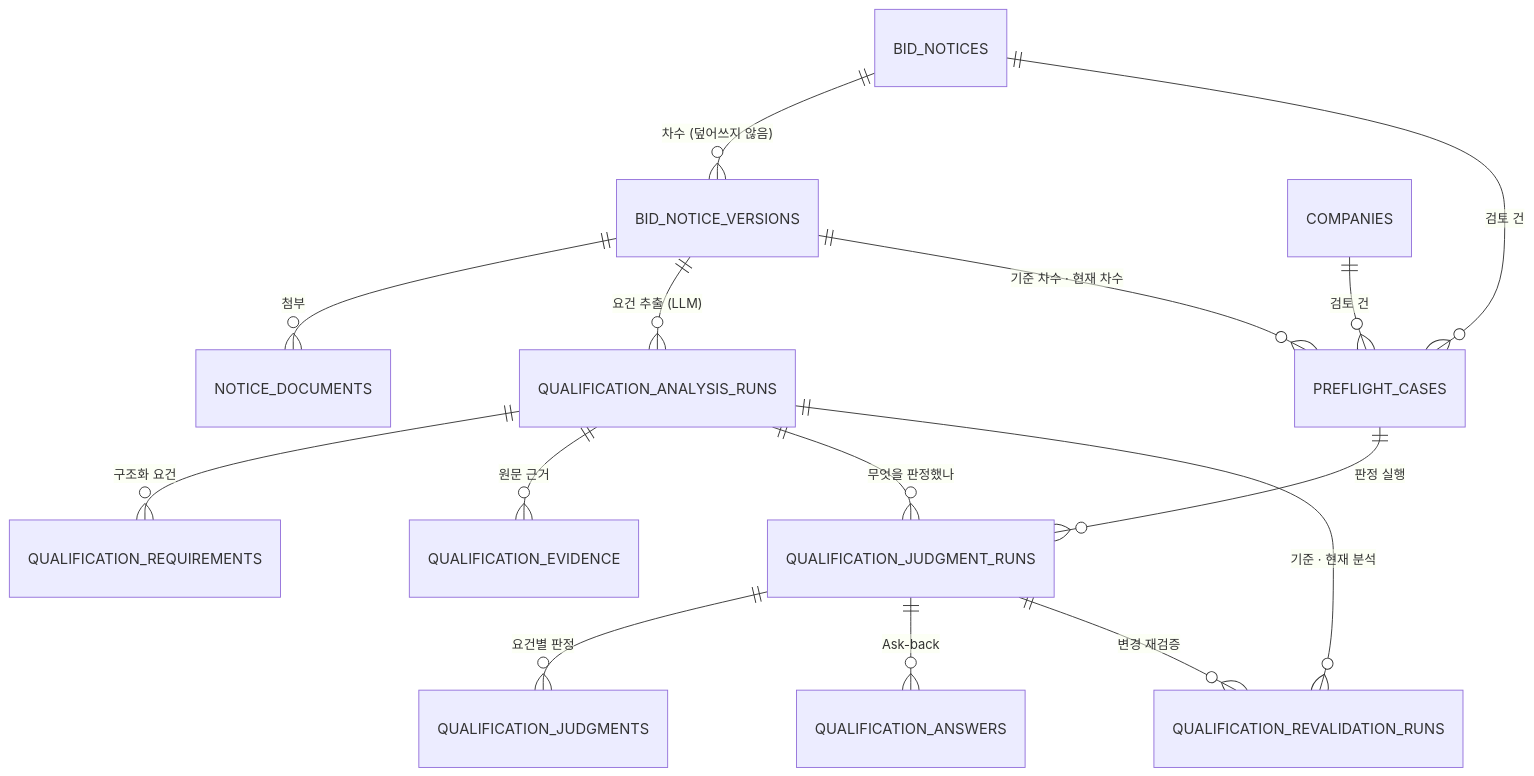
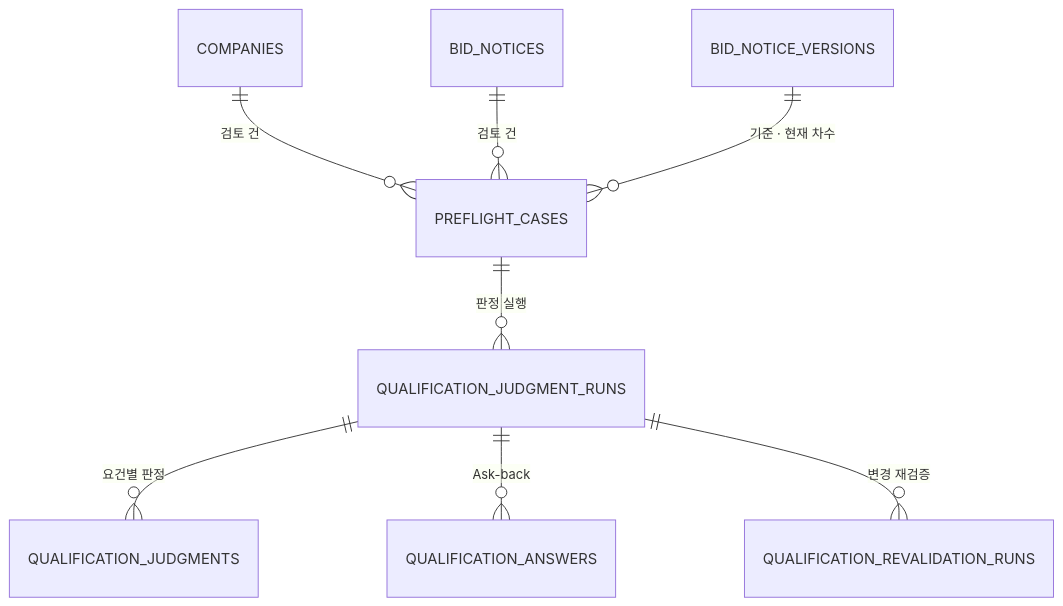
One commit to SKNETWORKS-FAMILY-AICAMP/SKN34-3rd-4Team changed the sixth of 8 diagrams in README.md. Above: the diagram before and after it, drawn with Mermaid. The commit also changed other lines of this file and 4 other files, not shown here.

Commit message:
docs: 간트·요구사항 차트 이미지화, 도메인 지도·ERD·재검증 도식 정리

````diff
--- a/README.md
+++ b/README.md
@@ -413,21 +425,10 @@
 ```mermaid
 erDiagram
-    BID_NOTICES ||--o{ BID_NOTICE_VERSIONS : "차수 (덮어쓰지 않음)"
-    BID_NOTICE_VERSIONS ||--o{ NOTICE_DOCUMENTS : "첨부"
-
-    BID_NOTICE_VERSIONS ||--o{ QUALIFICATION_ANALYSIS_RUNS : "요건 추출 (LLM)"
-    QUALIFICATION_ANALYSIS_RUNS ||--o{ QUALIFICATION_REQUIREMENTS : "구조화 요건"
-    QUALIFICATION_ANALYSIS_RUNS ||--o{ QUALIFICATION_EVIDENCE : "원문 근거"
-
     COMPANIES ||--o{ PREFLIGHT_CASES : "검토 건"
     BID_NOTICES ||--o{ PREFLIGHT_CASES : "검토 건"
-    BID_NOTICE_VERSIONS ||--o{ PREFLIGHT_CASES : "기준 차수 · 현재 차수"
-
+    BID_NOTICE_VERSIONS ||--o{ PREFLIGHT_CASES : "기준 · 현재 차수"
     PREFLIGHT_CASES ||--o{ QUALIFICATION_JUDGMENT_RUNS : "판정 실행"
-    QUALIFICATION_ANALYSIS_RUNS ||--o{ QUALIFICATION_JUDGMENT_RUNS : "무엇을 판정했나"
     QUALIFICATION_JUDGMENT_RUNS ||--o{ QUALIFICATION_JUDGMENTS : "요건별 판정"
-
     QUALIFICATION_JUDGMENT_RUNS ||--o{ QUALIFICATION_ANSWERS : "Ask-back"
     QUALIFICATION_JUDGMENT_RUNS ||--o{ QUALIFICATION_REVALIDATION_RUNS : "변경 재검증"
-    QUALIFICATION_ANALYSIS_RUNS ||--o{ QUALIFICATION_REVALIDATION_RUNS : "기준 · 현재 분석"
 ```
````
